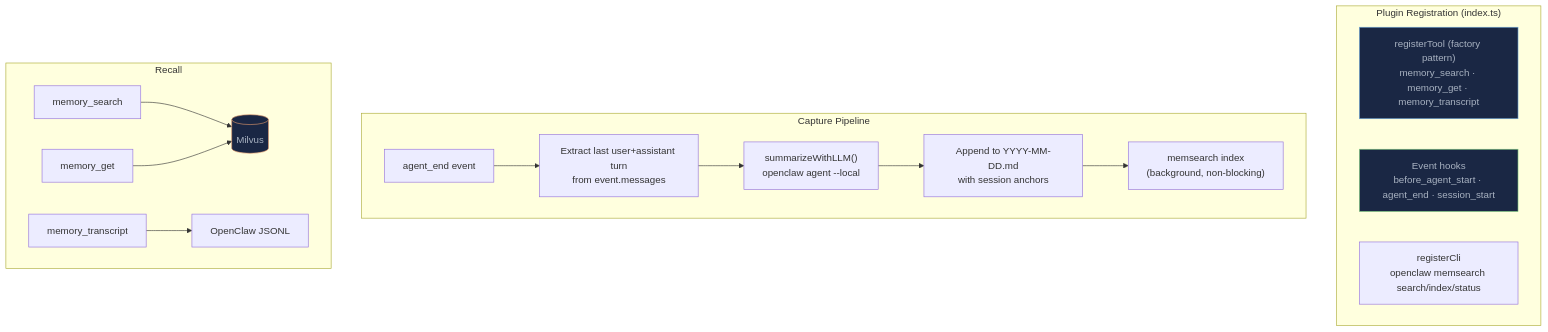
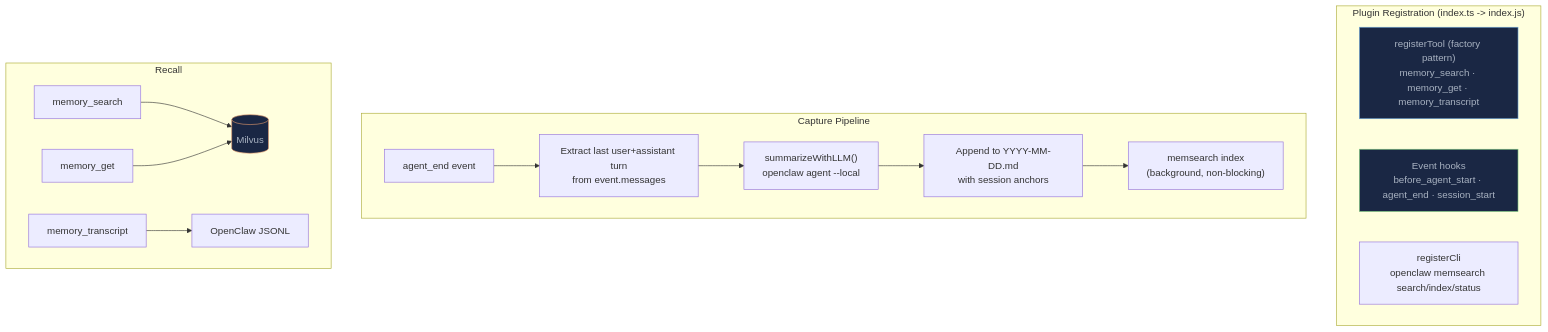
Before and after one commit to zilliztech/memsearch: the first of 2 diagrams in docs/platforms/openclaw/how-it-works.md, drawn with Mermaid. The commit also changed other lines of this file and 23 other files, not shown here.

````diff
--- a/docs/platforms/openclaw/how-it-works.md
+++ b/docs/platforms/openclaw/how-it-works.md
@@ -17,25 +17,25 @@
 ```mermaid
 graph TB
-    subgraph "Plugin Registration (index.ts)"
+    subgraph "Plugin Registration (index.ts -> index.js)"
         TOOLS["registerTool (factory pattern)<br/>memory_search · memory_get · memory_transcript"]
         HOOKS["Event hooks<br/>before_agent_start · agent_end · session_start"]
         CLI["registerCli<br/>openclaw memsearch search/index/status"]
     end
 
     subgraph "Capture Pipeline"
         AGENT_END["agent_end event"] --> EXTRACT["Extract last user+assistant turn<br/>from event.messages"]
         EXTRACT --> SUMMARIZE["summarizeWithLLM()<br/>openclaw agent --local"]
         SUMMARIZE --> WRITE["Append to YYYY-MM-DD.md<br/>with session anchors"]
         WRITE --> INDEX["memsearch index<br/>(background, non-blocking)"]
     end
 
     subgraph "Recall"
         SEARCH["memory_search"] --> MILVUS[(Milvus)]
         EXPAND["memory_get"] --> MILVUS
         TRANSCRIPT["memory_transcript"] --> JSONL["OpenClaw JSONL"]
     end
 
     style TOOLS fill:#1a2744,stroke:#6ba3d6,color:#a8b2c1
     style HOOKS fill:#1a2744,stroke:#7bc67e,color:#a8b2c1
     style MILVUS fill:#1a2744,stroke:#e0976b,color:#a8b2c1
 ```
````
